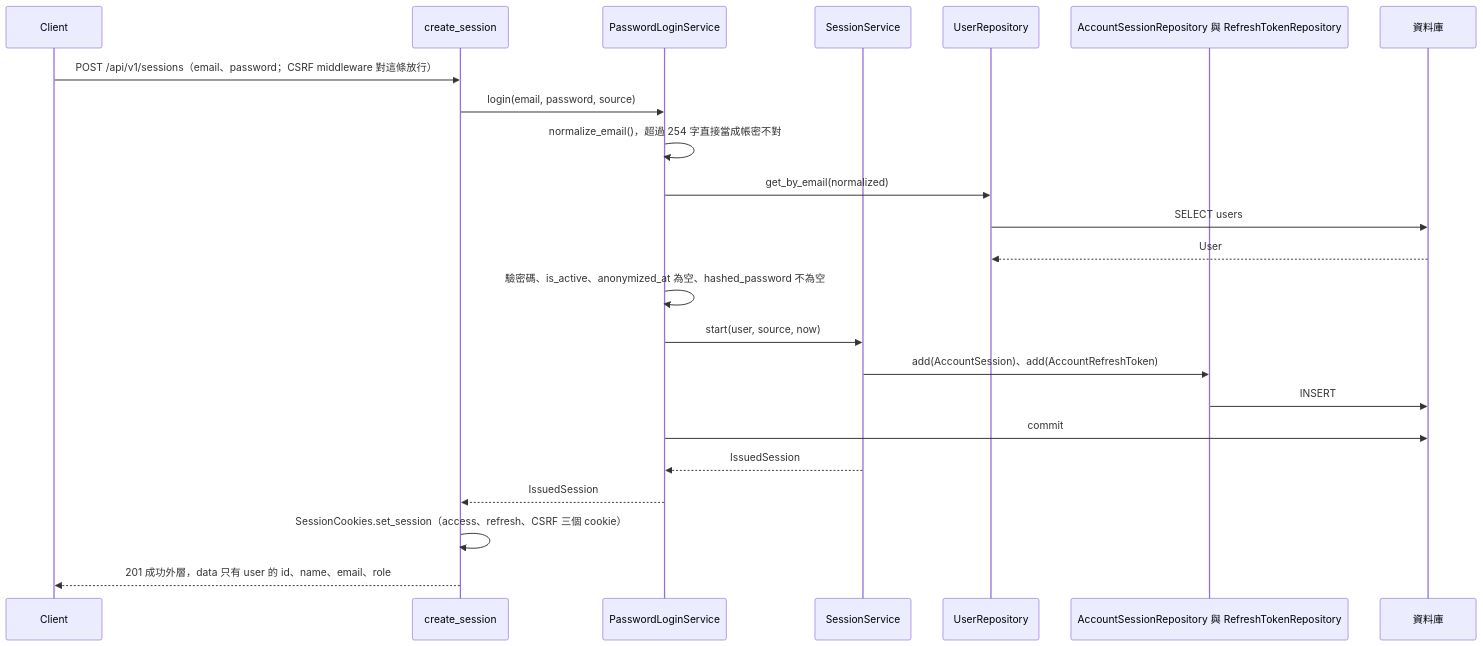
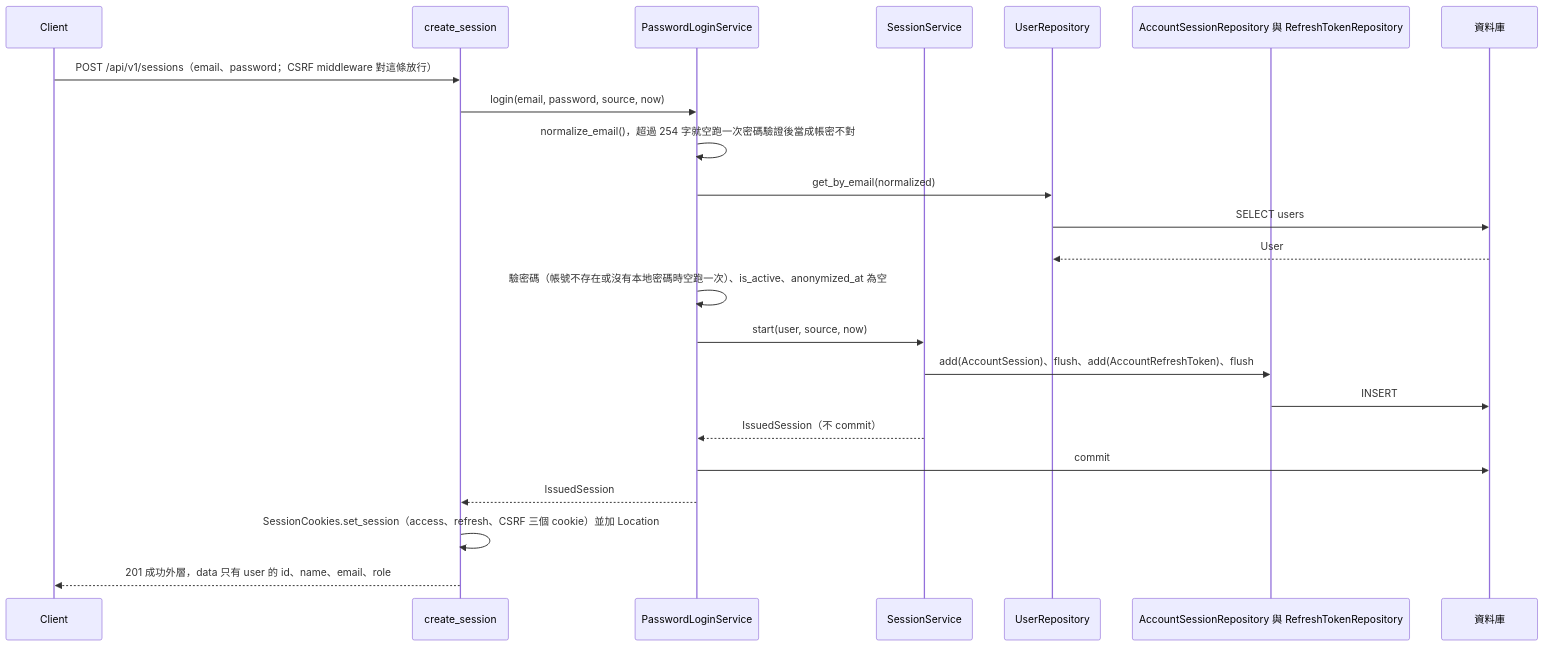
The fifth of 6 diagrams in docs/diagrams/architecture/backend-modules.mdx (label-suite/label-suite), drawn with Mermaid before and after one commit. The commit also changed other lines of this file and 6 other files, not shown here.

````diff
--- a/docs/diagrams/architecture/backend-modules.mdx
+++ b/docs/diagrams/architecture/backend-modules.mdx
@@ -273,25 +291,25 @@
 ```mermaid
 sequenceDiagram
   participant C as Client
   participant R as create_session
   participant L as PasswordLoginService
   participant S as SessionService
   participant U as UserRepository
   participant Q as AccountSessionRepository 與 RefreshTokenRepository
   participant DB as 資料庫
   C->>R: POST /api/v1/sessions（email、password；CSRF middleware 對這條放行）
-  R->>L: login(email, password, source)
-  L->>L: normalize_email()，超過 254 字直接當成帳密不對
+  R->>L: login(email, password, source, now)
+  L->>L: normalize_email()，超過 254 字就空跑一次密碼驗證後當成帳密不對
   L->>U: get_by_email(normalized)
   U->>DB: SELECT users
   DB-->>U: User
-  L->>L: 驗密碼、is_active、anonymized_at 為空、hashed_password 不為空
+  L->>L: 驗密碼（帳號不存在或沒有本地密碼時空跑一次）、is_active、anonymized_at 為空
   L->>S: start(user, source, now)
-  S->>Q: add(AccountSession)、add(AccountRefreshToken)
+  S->>Q: add(AccountSession)、flush、add(AccountRefreshToken)、flush
   Q->>DB: INSERT
+  S-->>L: IssuedSession（不 commit）
   L->>DB: commit
-  S-->>L: IssuedSession
   L-->>R: IssuedSession
-  R->>R: SessionCookies.set_session（access、refresh、CSRF 三個 cookie）
+  R->>R: SessionCookies.set_session（access、refresh、CSRF 三個 cookie）並加 Location
   R-->>C: 201 成功外層，data 只有 user 的 id、name、email、role
 ```
````
